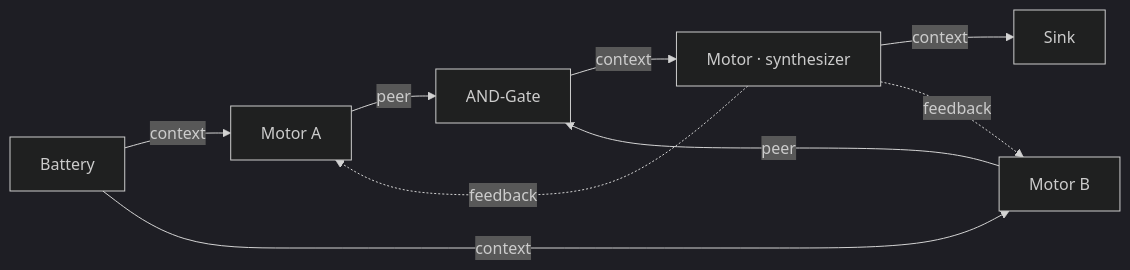
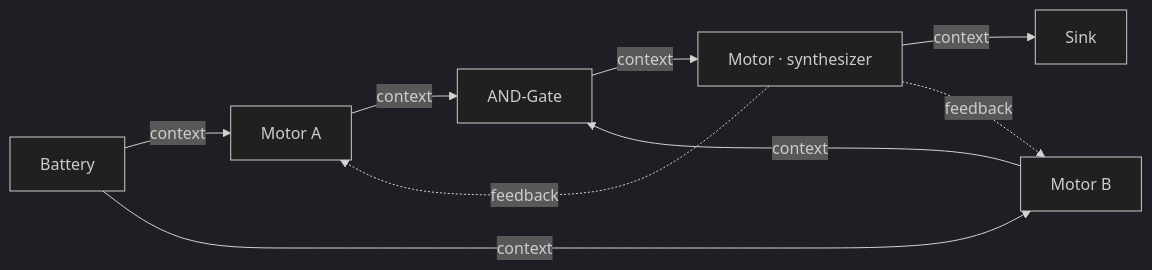
The third of 4 diagrams in docs/guides/circuit-design.md (ssm-08/cirkit), drawn with Mermaid (dark theme) before and after one commit. The commit also changed other lines of this file and 7 other files, not shown here.

````diff
--- a/docs/guides/circuit-design.md
+++ b/docs/guides/circuit-design.md
@@ -69,11 +84,11 @@
 ```mermaid
 flowchart LR
     bat[Battery] -->|context| ma[Motor A]
-    bat -->|context| mb[Motor B]
-    ma -->|peer| gate[AND-Gate]
-    mb -->|peer| gate
-    gate -->|context| syn[Motor · synthesizer]
-    syn -->|context| sink[Sink]
-    syn -.->|feedback| ma
-    syn -.->|feedback| mb
+    bat          -->|context| mb[Motor B]
+    ma           -->|context| gate[AND-Gate]
+    mb           -->|context| gate
+    gate         -->|context| syn[Motor · synthesizer]
+    syn          -->|context| sink[Sink]
+    syn          -.->|feedback| ma
+    syn          -.->|feedback| mb
 ```
````
